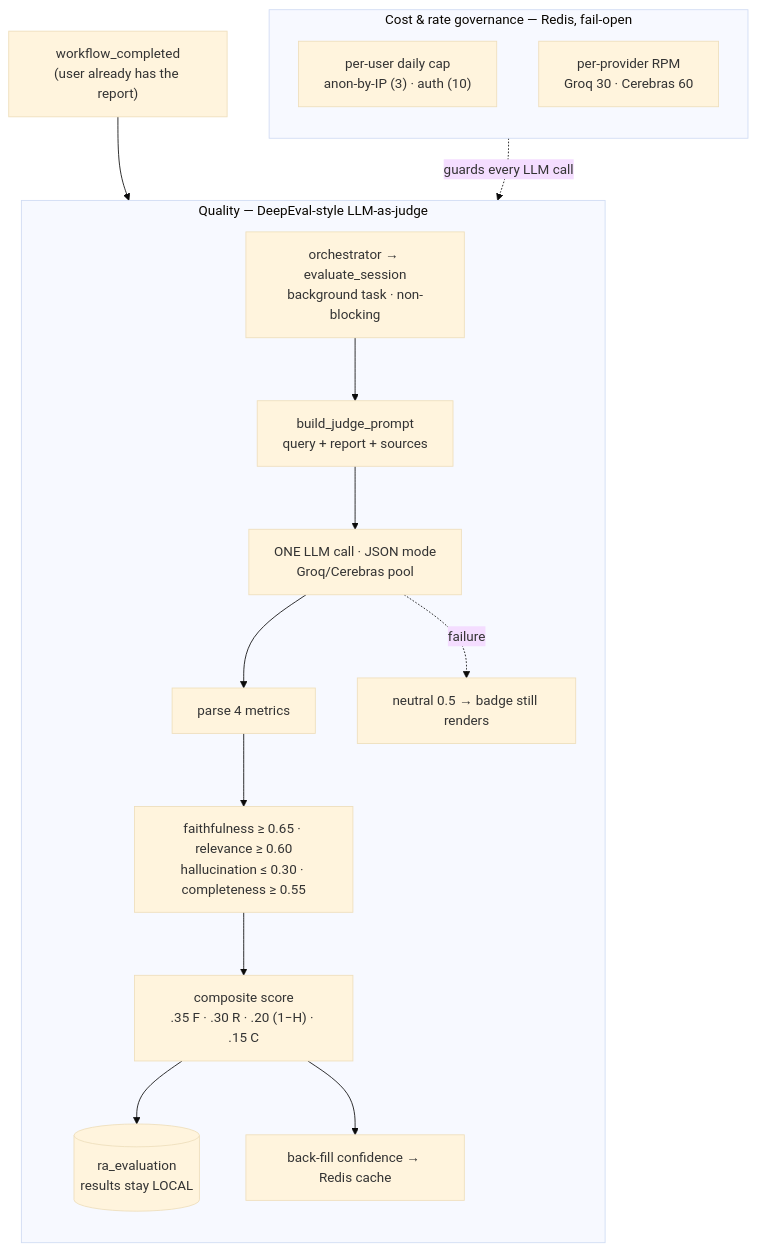
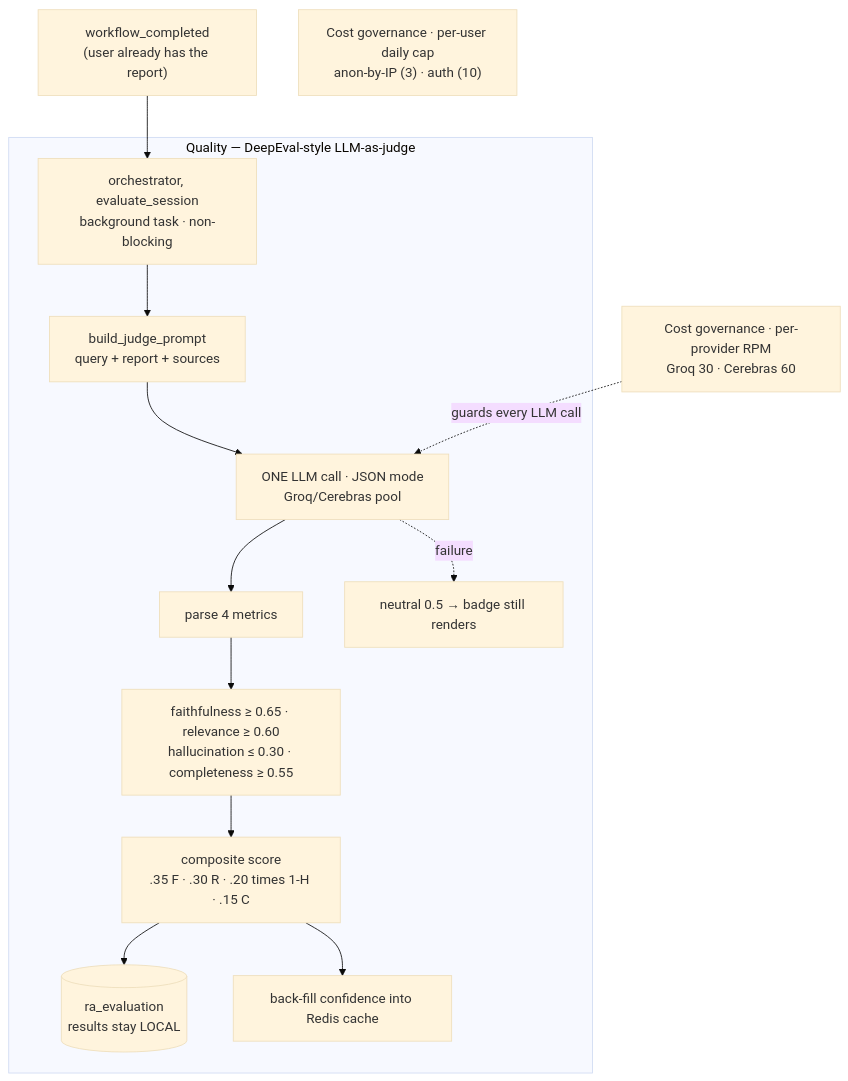
Before and after one commit to vishalgoyal25/TheKnowledgeOrbits: diagram 13 of 15 in README.md, drawn with Mermaid (base theme). The commit also changed other lines of this file and 1 other file, not shown here.

Commit message:
docs: fix mermaid subgraph-edge rendering bugs, update test count to 714

````diff
--- a/README.md
+++ b/README.md
@@ -708,24 +694,19 @@
 ```mermaid
 flowchart TB
-    DONE["workflow_completed<br/>(user already has the report)"] --> TRIG["orchestrator → evaluate_session<br/>background task · non-blocking"]
+    DONE["workflow_completed<br/>(user already has the report)"] --> TRIG["orchestrator, evaluate_session<br/>background task · non-blocking"]
 
     subgraph QUAL["Quality — DeepEval-style LLM-as-judge"]
-        direction TB
         TRIG --> JP["build_judge_prompt<br/>query + report + sources"]
         JP --> ONECALL["ONE LLM call · JSON mode<br/>Groq/Cerebras pool"]
         ONECALL --> PARSE["parse 4 metrics"]
         PARSE --> M["faithfulness ≥ 0.65 · relevance ≥ 0.60<br/>hallucination ≤ 0.30 · completeness ≥ 0.55"]
-        M --> COMP["composite score<br/>.35 F · .30 R · .20 (1−H) · .15 C"]
+        M --> COMP["composite score<br/>.35 F · .30 R · .20 times 1-H · .15 C"]
         COMP --> SAVE[("ra_evaluation<br/>results stay LOCAL")]
-        COMP --> PATCH["back-fill confidence → Redis cache"]
+        COMP --> PATCH["back-fill confidence into Redis cache"]
         ONECALL -. failure .-> NEUTRAL["neutral 0.5 → badge still renders"]
     end
 
-    subgraph GOV["Cost &amp; rate governance — Redis, fail-open"]
-        direction TB
-        U1["per-user daily cap<br/>anon-by-IP (3) · auth (10)"]
-        U2["per-provider RPM<br/>Groq 30 · Cerebras 60"]
-    end
-
+    U1["Cost governance · per-user daily cap<br/>anon-by-IP (3) · auth (10)"]
+    U2["Cost governance · per-provider RPM<br/>Groq 30 · Cerebras 60"]
     U2 -. guards every LLM call .-> ONECALL
 ```
````
